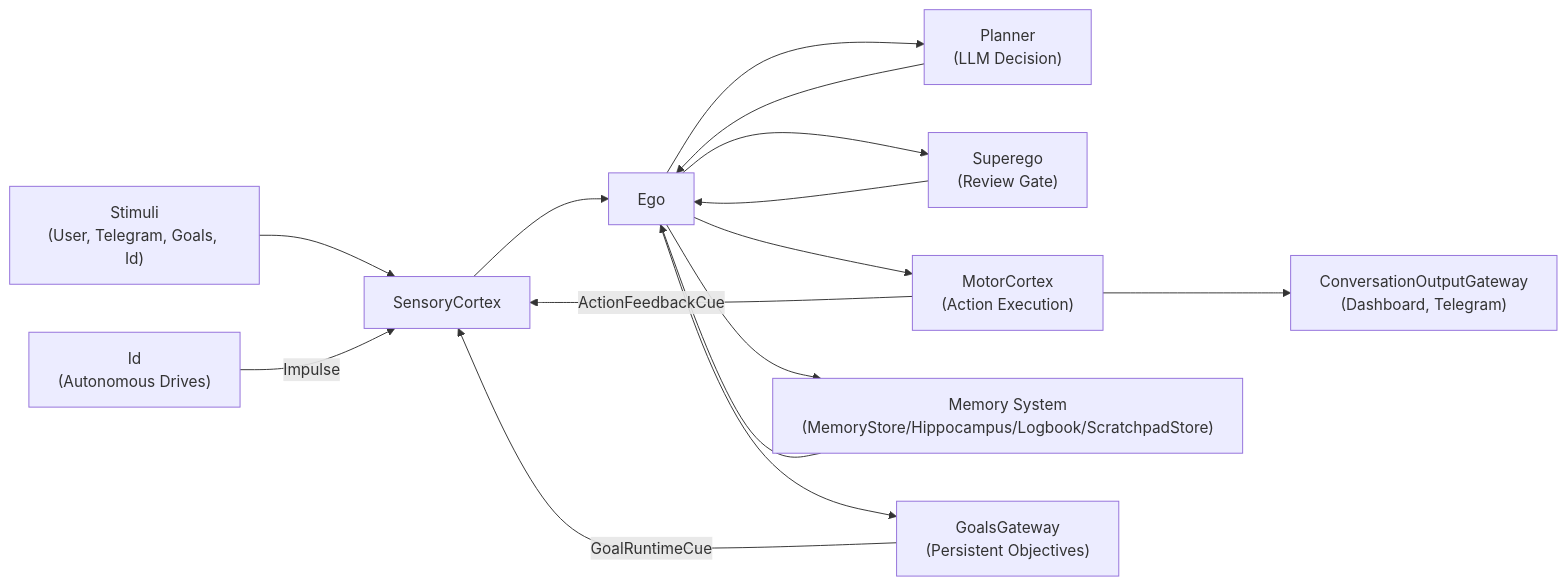
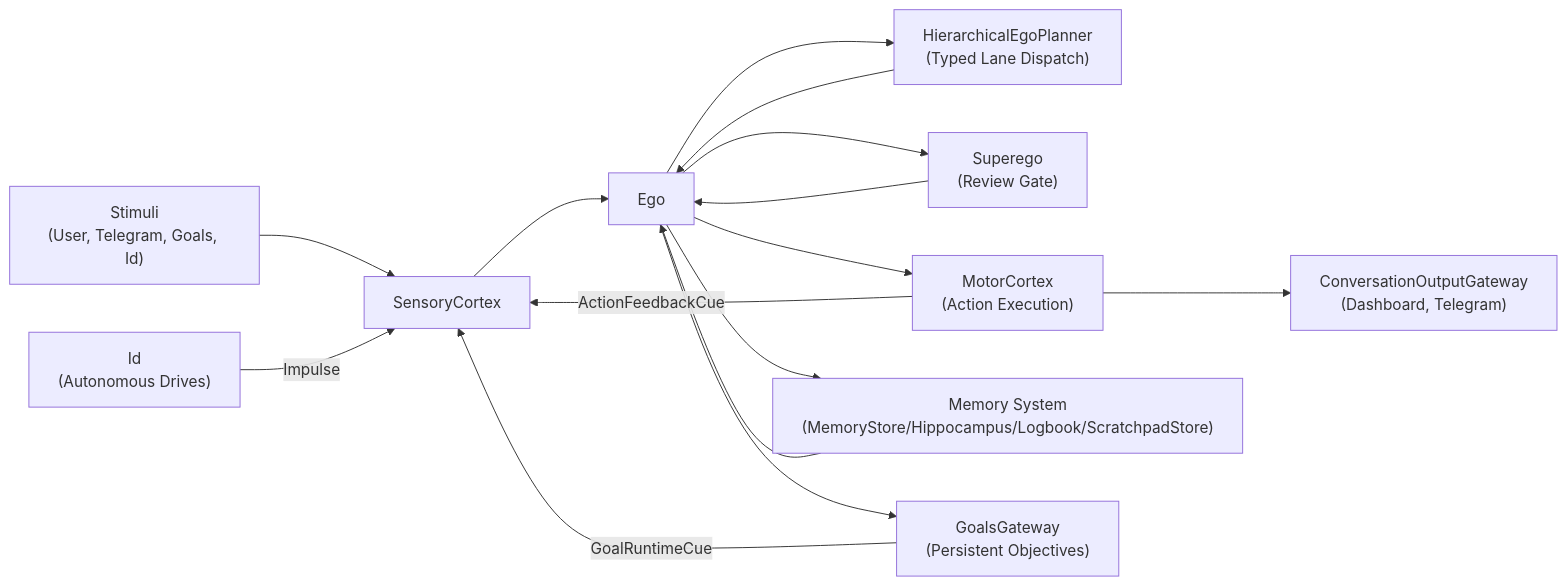
Before and after one commit to neopsyke/NeoPsyke: the first of 8 diagrams in AGENT_LOGIC_DIAGRAM.md, drawn with Mermaid. The commit also changed other lines of this file and 2 other files, not shown here.

First line of the commit message:
docs(planner): update agent logic docs + progress ledger (Step 14)

````diff
--- a/AGENT_LOGIC_DIAGRAM.md
+++ b/AGENT_LOGIC_DIAGRAM.md
@@ -12,17 +12,17 @@
 ```mermaid
 flowchart LR
     Input["Stimuli\n(User, Telegram, Goals, Id)"] --> SC["SensoryCortex"]
     SC --> Ego["Ego"]
-    Ego --> Planner["Planner\n(LLM Decision)"]
+    Ego --> Planner["HierarchicalEgoPlanner\n(Typed Lane Dispatch)"]
     Planner --> Ego
     Ego --> Sup["Superego\n(Review Gate)"]
     Sup --> Ego
     Ego --> MC["MotorCortex\n(Action Execution)"]
     MC -->|"ActionFeedbackCue"| SC
     Id["Id\n(Autonomous Drives)"] -->|"Impulse"| SC
     Ego --> Mem["Memory System\n(MemoryStore/Hippocampus/Logbook/ScratchpadStore)"]
     Mem --> Ego
     Ego --> Goals["GoalsGateway\n(Persistent Objectives)"]
     Goals -->|"GoalRuntimeCue"| SC
     MC --> Output["ConversationOutputGateway\n(Dashboard, Telegram)"]
 ```
````
